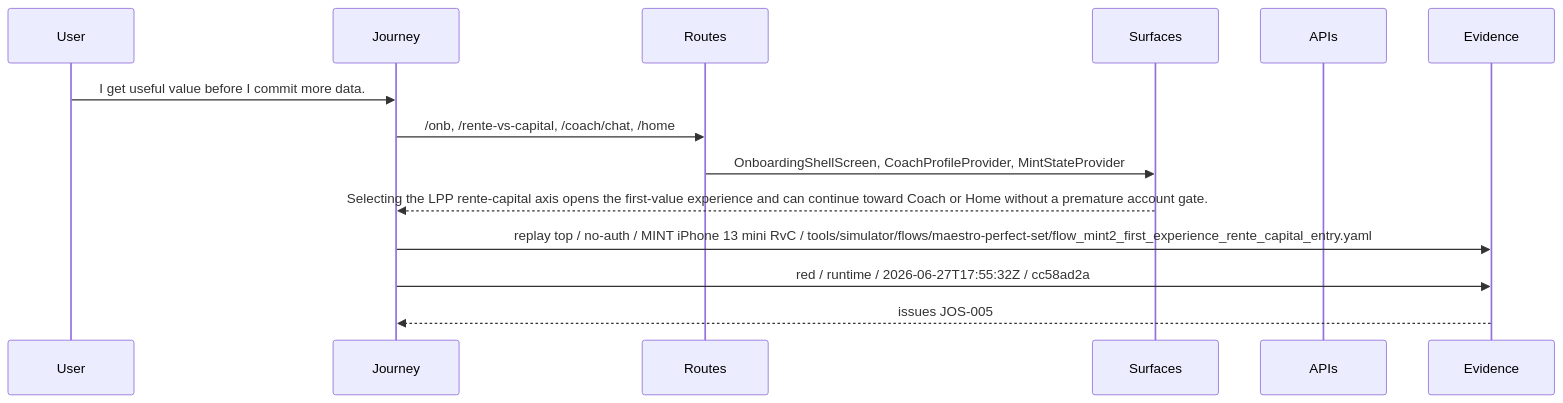
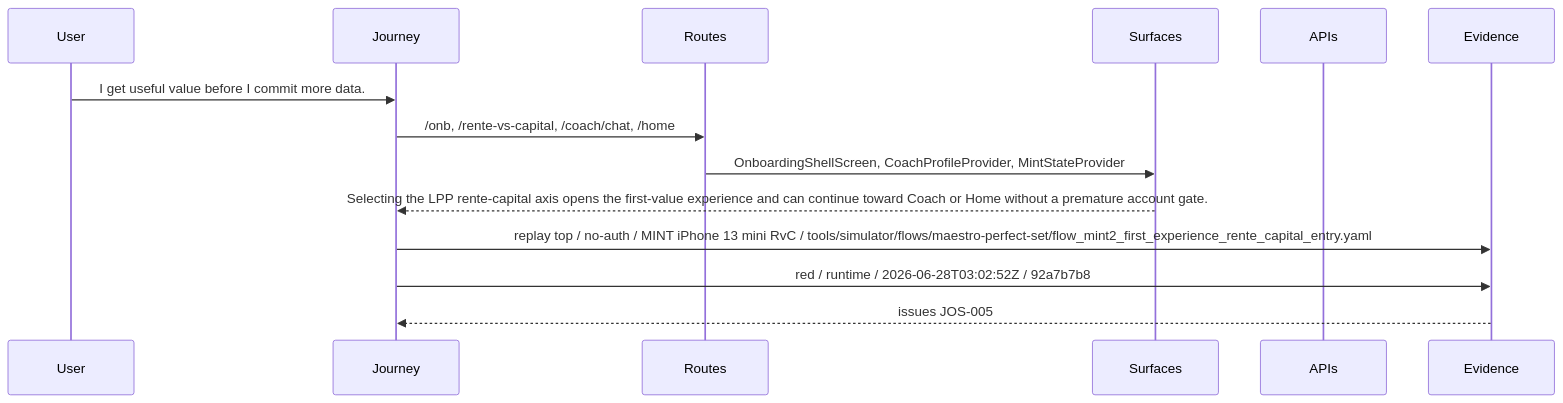
One commit to MINT-IA/MINT changed the diagram in .planning/journeys/diagrams/onboarding_first_value_sequence.mmd. Above: the diagram before and after it, drawn with Mermaid. The commit also changed 8 other files, not shown here.

Commit message:
test(journey-os): record clean top replay evidence

```diff
--- a/.planning/journeys/diagrams/onboarding_first_value_sequence.mmd
+++ b/.planning/journeys/diagrams/onboarding_first_value_sequence.mmd
@@ -1,15 +1,15 @@
 %% Generated from .planning/journeys/records/onboarding_first_value.json
 sequenceDiagram
   participant User
   participant Journey
   participant Routes
   participant Surfaces
   participant APIs
   participant Evidence
   User->>Journey: I get useful value before I commit more data.
   Journey->>Routes: /onb, /rente-vs-capital, /coach/chat, /home
   Routes->>Surfaces: OnboardingShellScreen, CoachProfileProvider, MintStateProvider
   Surfaces-->>Journey: Selecting the LPP rente-capital axis opens the first-value experience and can continue toward Coach or Home without a premature account gate.
   Journey->>Evidence: replay top / no-auth / MINT iPhone 13 mini RvC / tools/simulator/flows/maestro-perfect-set/flow_mint2_first_experience_rente_capital_entry.yaml
-  Journey->>Evidence: red / runtime / 2026-06-27T17:55:32Z / cc58ad2a
+  Journey->>Evidence: red / runtime / 2026-06-28T03:02:52Z / 92a7b7b8
   Evidence-->>Journey: issues JOS-005
```
